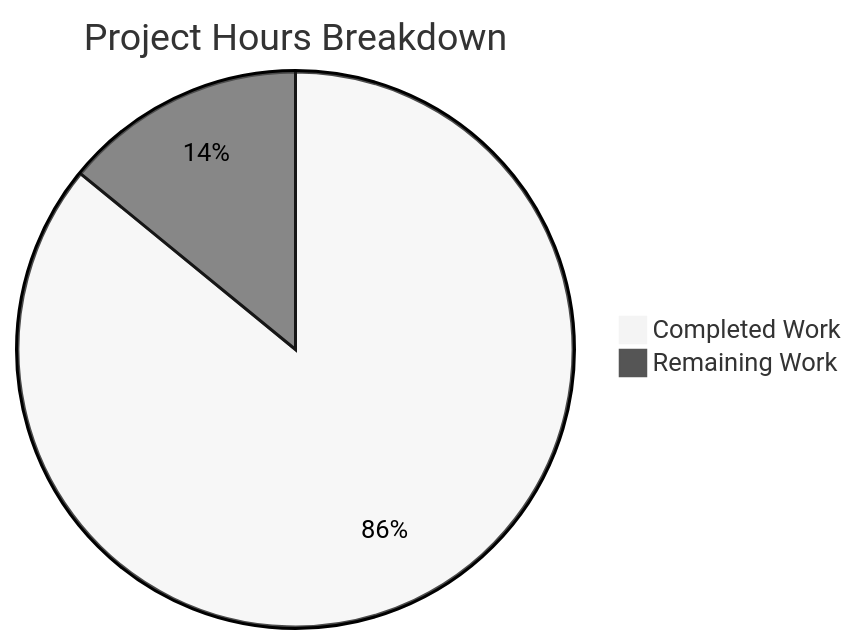
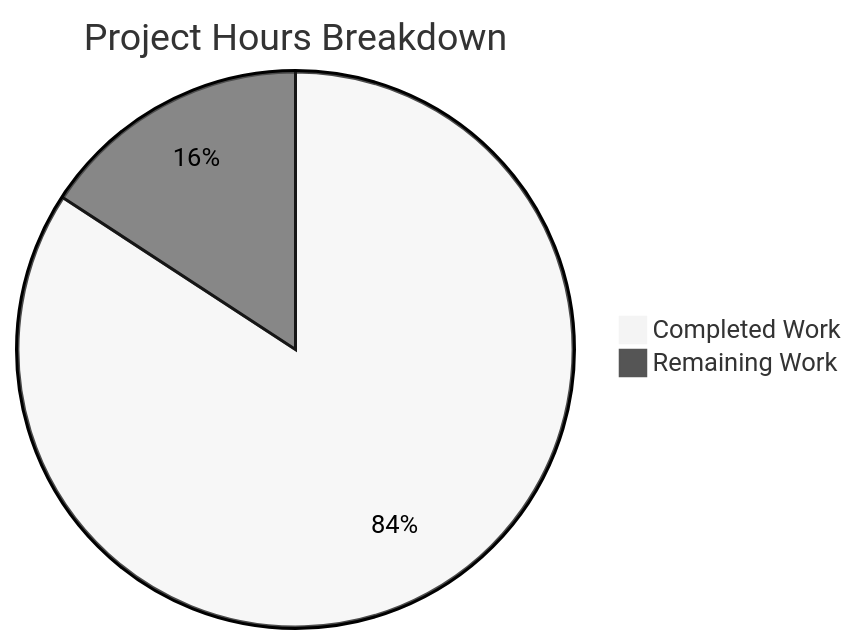
The second of 2 diagrams in blitzy/documentation/Project Guide.md (Blitzy-Sandbox/blitzy-WebVella-ERP), drawn with Mermaid (neutral theme) before and after one commit. The commit also changed other lines of this file, not shown here.

Commit message:
Adding Blitzy Project Guide: Project Status and Human Tasks Remaining

````diff
--- a/blitzy/documentation/Project Guide.md
+++ b/blitzy/documentation/Project Guide.md
@@ -247,5 +260,5 @@
 ```mermaid
 pie title Project Hours Breakdown
-    "Completed Work" : 616
-    "Remaining Work" : 101
+    "Completed Work" : 544
+    "Remaining Work" : 102
 ```
````
